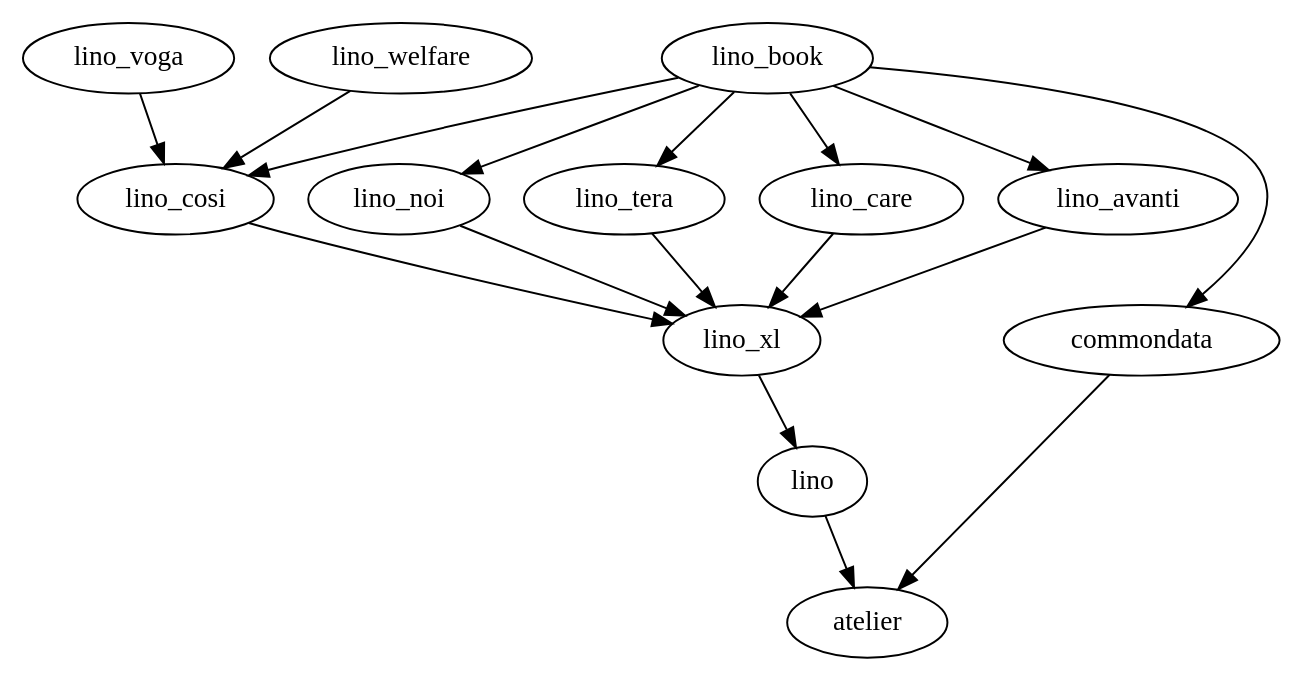
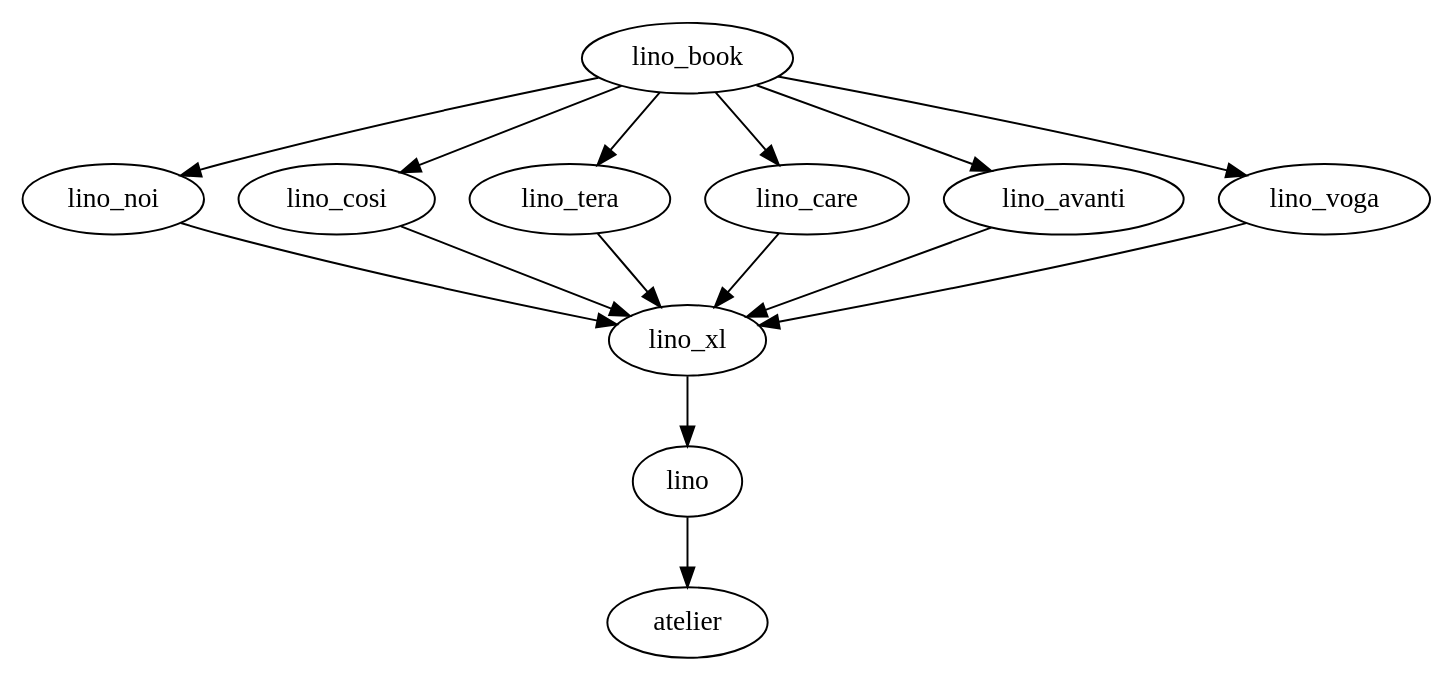
Before and after one commit to lino-framework/book: the diagram in docs/dev/overview.rst, drawn with Graphviz. The commit also changed other lines of this file and 10 other files, not shown here.

```diff
--- a/docs/dev/overview.rst
+++ b/docs/dev/overview.rst
@@ -57,68 +45,74 @@
 .. graphviz::
 
    digraph foo {
 
     /**
     {
        node [shape=plaintext, fontsize=16];
        documentation ->
        "independent applications" ->
        applications -> framework -> utilities;
     }
    
     { rank = same;
         applications;
         lino_noi;
         lino_cosi;
         lino_tera;
         lino_care;
         lino_avanti;
     }
     
     { rank = same;
         utilities;
         atelier;
         commondata;
     }
 
     { rank = same;
         documentation;
         lino_book;
     }
 
     { rank = same;
         "independent applications";
         lino_voga;
         lino_welfare;
     }
     **/
 
     /**
 
     { rank = same;
         framework;
         lino;
         lino_xl;
     }
 
     **/
 
-    commondata -> atelier;
     lino -> atelier;
     lino_xl -> lino;
     lino_noi -> lino_xl; 
     lino_cosi -> lino_xl; 
     lino_tera -> lino_xl;
     lino_care -> lino_xl;
     lino_avanti -> lino_xl;
+    lino_voga -> lino_xl;
     
     lino_book -> lino_noi; 
     lino_book -> lino_cosi; 
+    lino_book -> lino_voga; 
     lino_book -> lino_tera; 
     lino_book -> lino_care; 
     lino_book -> lino_avanti; 
+
+    /**
+    
+    commondata -> atelier;
     lino_book -> commondata;
     
     lino_voga -> lino_cosi;
     lino_welfare -> lino_cosi;
+    **/
    }
```
